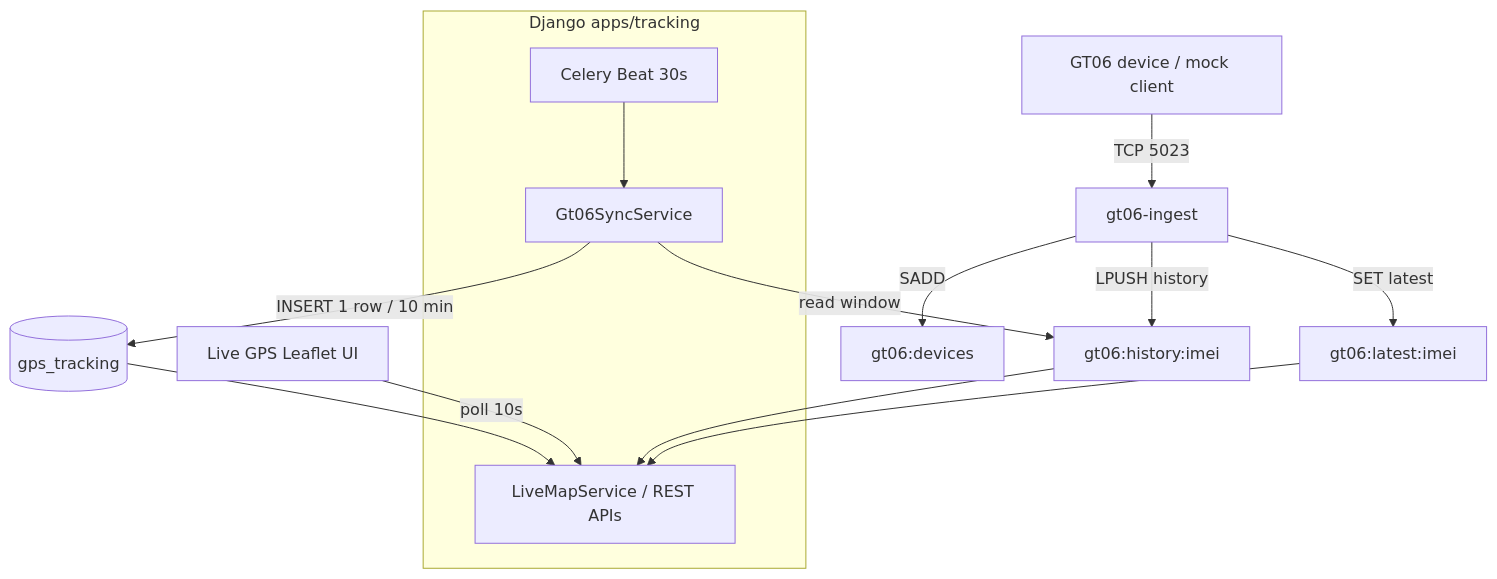
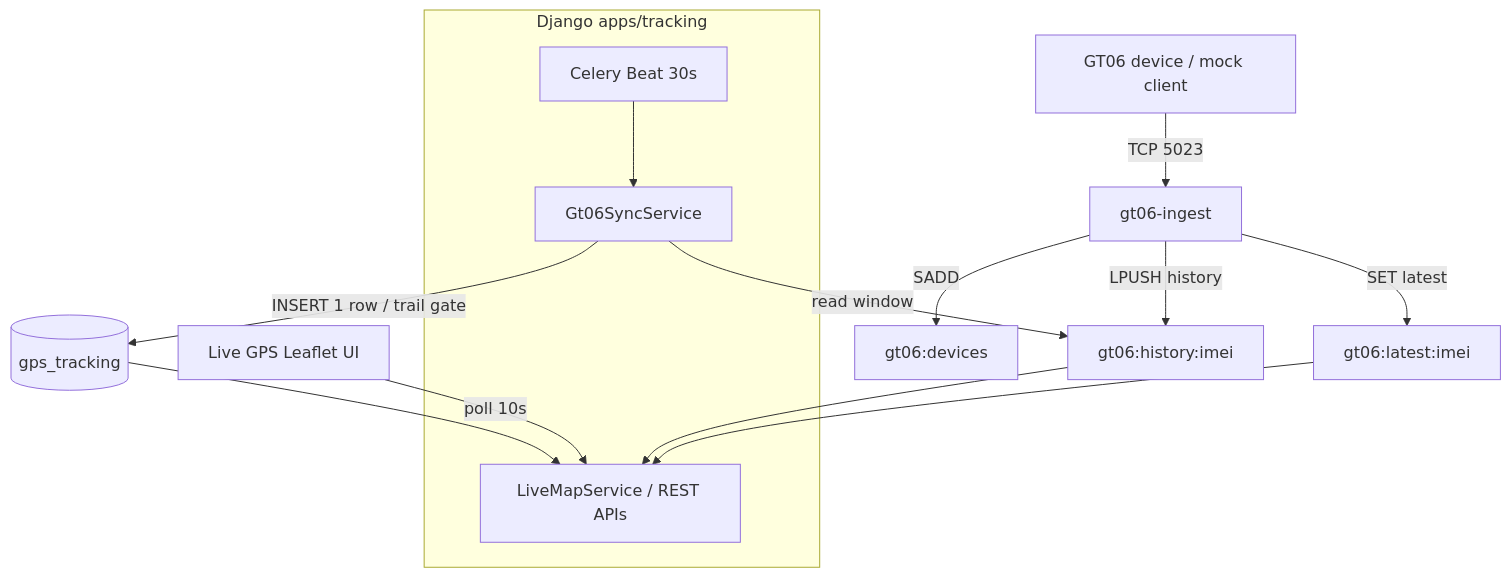
The diagram in 05-modules/09-tracking/gt06-server.md (sbu-europe/dfms-naming-campaign), drawn with Mermaid before and after one commit. The commit also changed other lines of this file and 12 other files, not shown here.

````diff
--- a/05-modules/09-tracking/gt06-server.md
+++ b/05-modules/09-tracking/gt06-server.md
@@ -183,22 +193,22 @@
 ```mermaid
 flowchart TB
   DEV[GT06 device / mock client] -->|TCP 5023| ING[gt06-ingest]
   ING -->|SET latest| R_L[gt06:latest:imei]
   ING -->|LPUSH history| R_H[gt06:history:imei]
   ING -->|SADD| R_D[gt06:devices]
 
   subgraph django [Django apps/tracking]
     API[LiveMapService / REST APIs]
     SYNC[Gt06SyncService]
     BEAT[Celery Beat 30s]
     BEAT --> SYNC
   end
 
   R_L --> API
   R_H --> API
   SYNC -->|read window| R_H
-  SYNC -->|INSERT 1 row / 10 min| PG[(gps_tracking)]
+  SYNC -->|INSERT 1 row / trail gate| PG[(gps_tracking)]
 
   UI[Live GPS Leaflet UI] -->|poll 10s| API
   PG --> API
 ```
````
